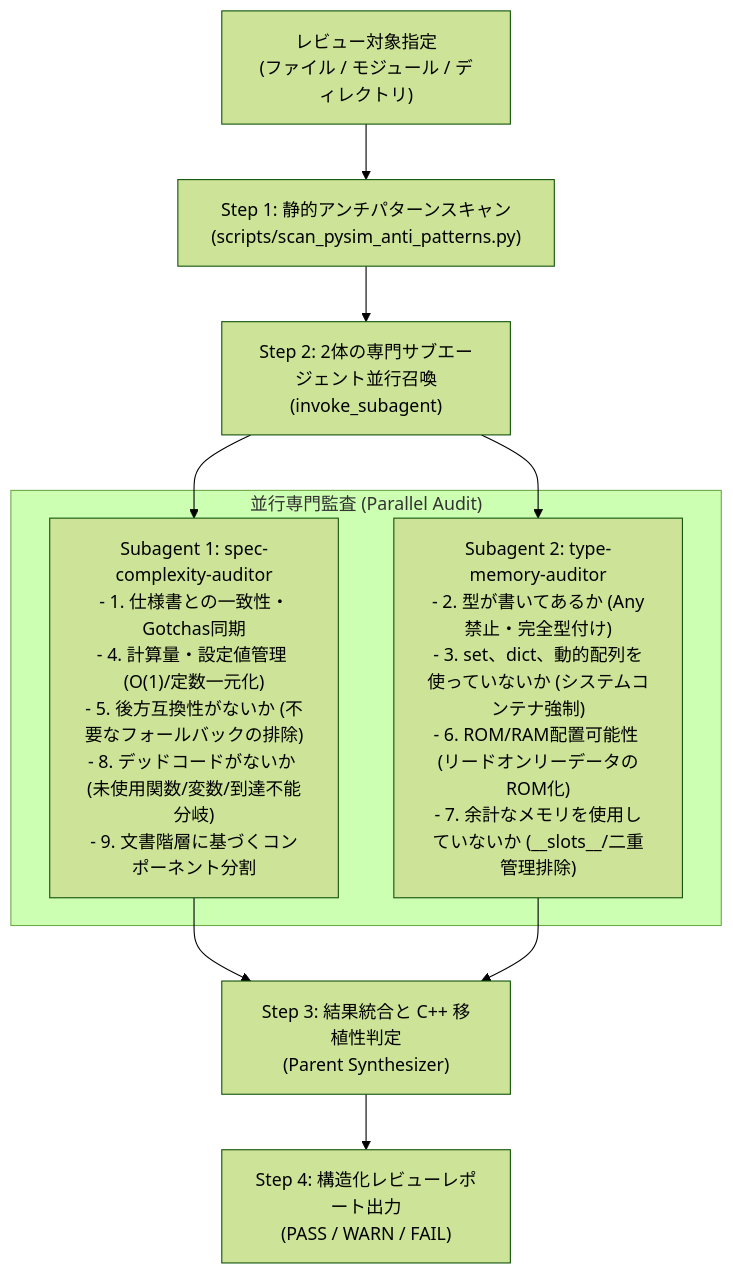
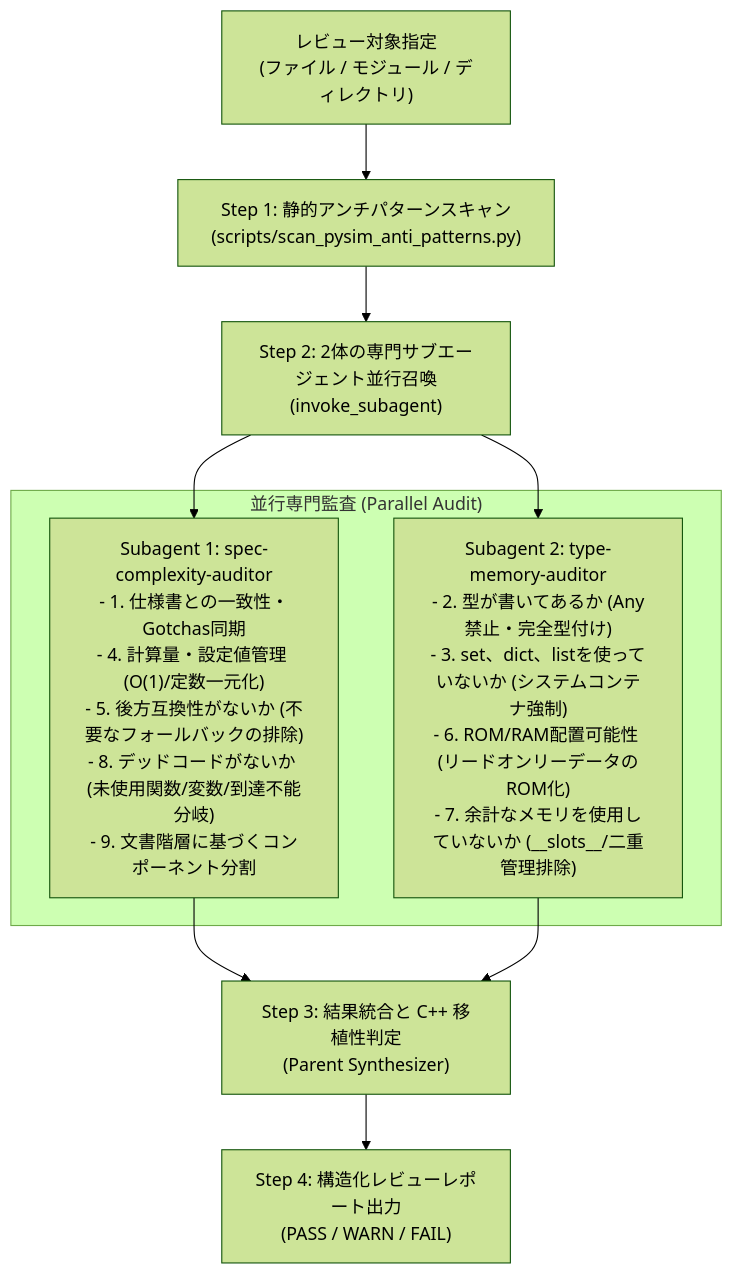
Before and after one commit to kmt-t/fireball: the diagram in .agents/skills/pysim-review/SKILL.md, drawn with Mermaid (forest theme). The commit also changed other lines of this file and 57 other files, not shown here.

````diff
--- a/.agents/skills/pysim-review/SKILL.md
+++ b/.agents/skills/pysim-review/SKILL.md
@@ -12,17 +12,17 @@
 ```mermaid
 graph TD
     Target["レビュー対象指定<br/>(ファイル / モジュール / ディレクトリ)"] --> Step1["Step 1: 静的アンチパターンスキャン<br/>(scripts/scan_pysim_anti_patterns.py)"]
     Step1 --> Step2["Step 2: 2体の専門サブエージェント並行召喚<br/>(invoke_subagent)"]
 
     subgraph ParallelAudit["並行専門監査 (Parallel Audit)"]
        A1["Subagent 1: spec-complexity-auditor<br/>- 1. 仕様書との一致性・Gotchas同期<br/>- 4. 計算量・設定値管理 (O(1)/定数一元化)<br/>- 5. 後方互換性がないか (不要なフォールバックの排除)<br/>- 8. デッドコードがないか (未使用関数/変数/到達不能分岐)"]
         A1["Subagent 1: spec-complexity-auditor<br/>- 1. 仕様書との一致性・Gotchas同期<br/>- 4. 計算量・設定値管理 (O(1)/定数一元化)<br/>- 5. 後方互換性がないか (不要なフォールバックの排除)<br/>- 8. デッドコードがないか (未使用関数/変数/到達不能分岐)<br/>- 9. 文書階層に基づくコンポーネント分割"]
-        A2["Subagent 2: type-memory-auditor<br/>- 2. 型が書いてあるか (Any禁止・完全型付け)<br/>- 3. set、dict、動的配列を使っていないか (システムコンテナ強制)<br/>- 6. ROM/RAM配置可能性 (リードオンリーデータのROM化)<br/>- 7. 余計なメモリを使用していないか (__slots__/二重管理排除)"]
+       A2["Subagent 2: type-memory-auditor<br/>- 2. 型が書いてあるか (Any禁止・完全型付け)<br/>- 3. set、dict、listを使っていないか (システムコンテナ強制)<br/>- 6. ROM/RAM配置可能性 (リードオンリーデータのROM化)<br/>- 7. 余計なメモリを使用していないか (__slots__/二重管理排除)"]
     end
 
     Step2 --> A1
     Step2 --> A2
     A1 --> Step3["Step 3: 結果統合と C++ 移植性判定<br/>(Parent Synthesizer)"]
     A2 --> Step3
     Step3 --> Output["Step 4: 構造化レビューレポート出力<br/>(PASS / WARN / FAIL)"]
 ```
````
